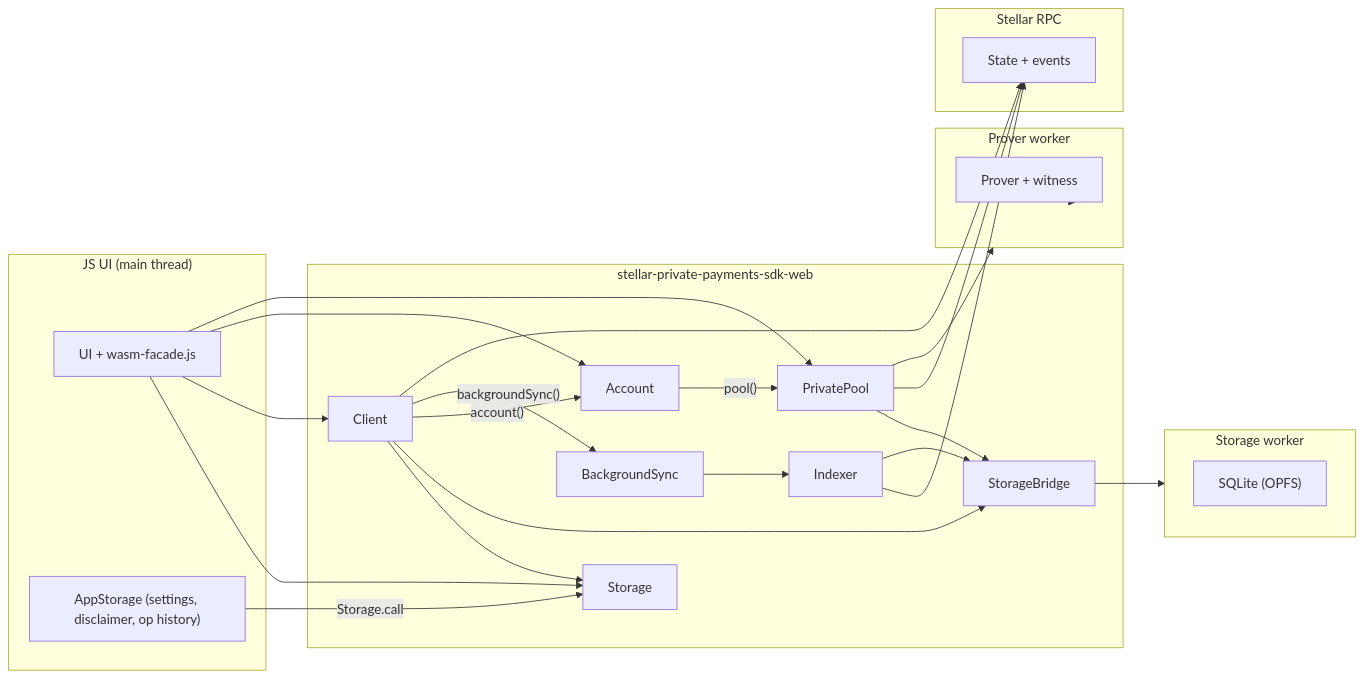
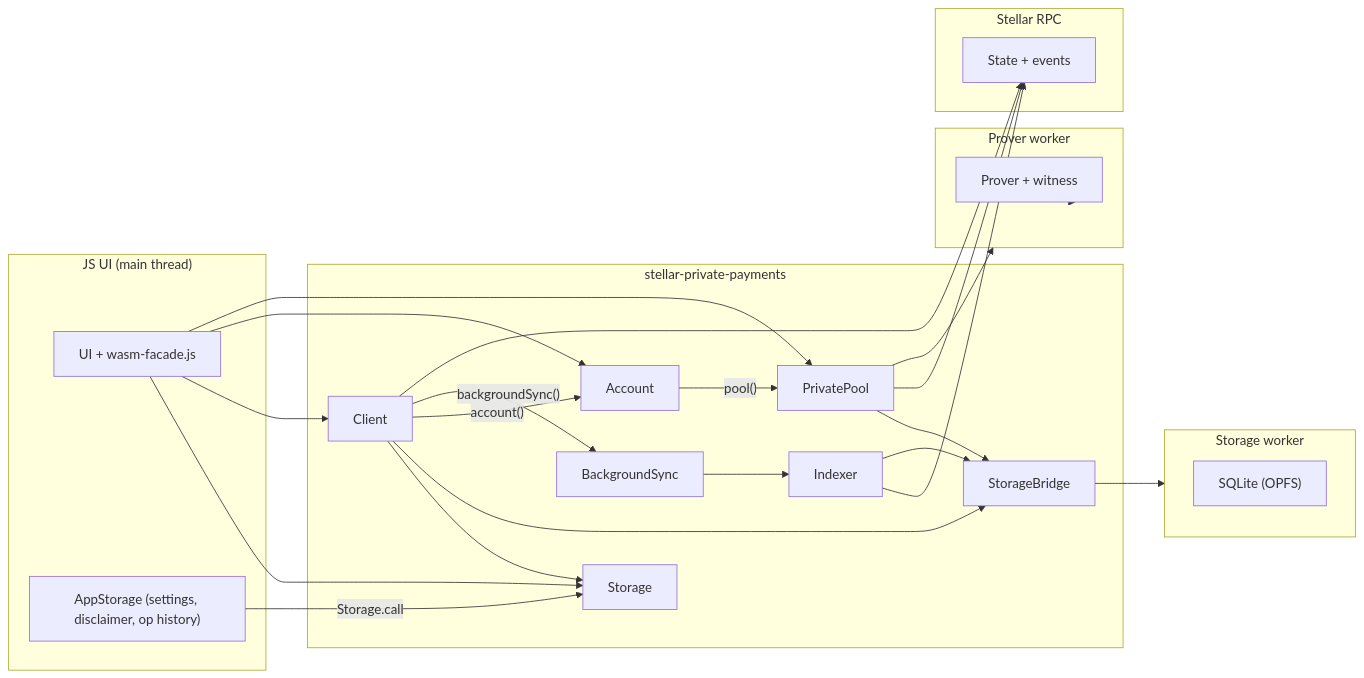
One commit to NethermindEth/stellar-private-payments changed the diagram in app/ARCHITECTURE.md. Above: the diagram before and after it, drawn with Mermaid. The commit also changed other lines of this file and 22 other files, not shown here.

````diff
--- a/app/ARCHITECTURE.md
+++ b/app/ARCHITECTURE.md
@@ -117,49 +117,49 @@
 ```mermaid
 flowchart LR
   subgraph JS["JS UI (main thread)"]
     UI["UI + wasm-facade.js"]
     AS["AppStorage (settings, disclaimer, op history)"]
   end
 
-  subgraph PKG["stellar-private-payments-sdk-web"]
+  subgraph PKG["stellar-private-payments"]
     ST["Storage"]
     CL["Client"]
     AC["Account"]
     PP["PrivatePool"]
     SB["StorageBridge"]
     BS["BackgroundSync"]
     IDX["Indexer"]
   end
 
   subgraph SW["Storage worker"]
     DB["SQLite (OPFS)"]
   end
 
   subgraph PW["Prover worker"]
     PR["Prover + witness"]
   end
 
   subgraph RPC["Stellar RPC"]
     RPCAPI["State + events"]
   end
 
   UI --> ST
   UI --> CL
   UI --> AC
   UI --> PP
   AS -->|"Storage.call"| ST
   CL --> ST
   CL --> SB
   CL -->|"account()"| AC
   CL -->|"backgroundSync()"| BS
   AC -->|"pool()"| PP
   PP --> SB
   PP --> PW
   BS --> IDX
   IDX --> RPCAPI
   IDX --> SB
   SB --> SW
   PW --> PR
   CL --> RPCAPI
   PP --> RPCAPI
 ```
````
